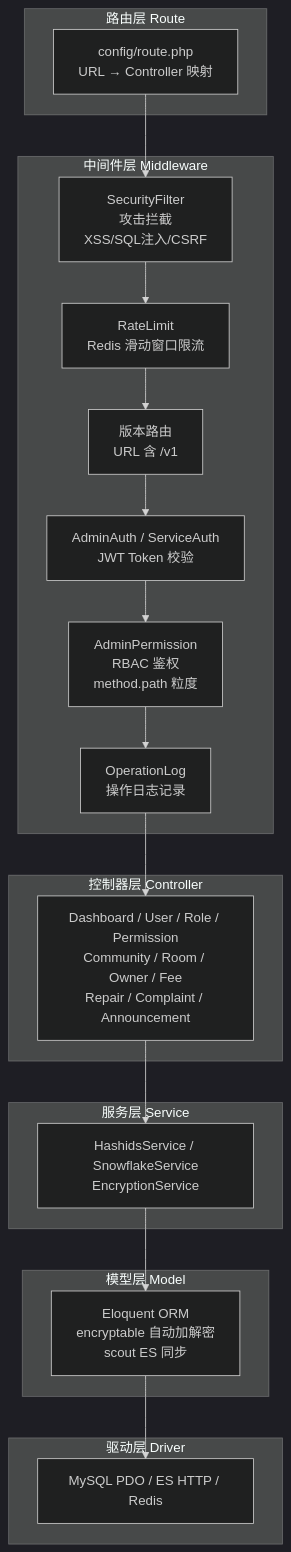
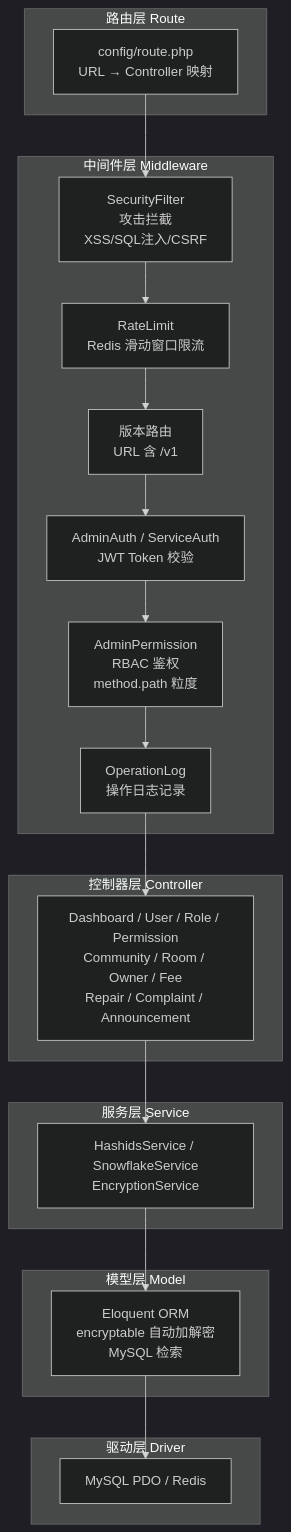
The second of 10 diagrams in docs/i18n/en/docs/ARCHITECTURE.md (erikwang2013/property-management-platform), drawn with Mermaid (dark theme) before and after one commit. The commit also changed other lines of this file and 25 other files, not shown here.

Commit message:
文档：清理英文文档中的已移除功能与过时图示

````diff
--- a/docs/i18n/en/docs/ARCHITECTURE.md
+++ b/docs/i18n/en/docs/ARCHITECTURE.md
@@ -43,34 +41,34 @@
 ```mermaid
 flowchart TD
     subgraph "路由层 Route"
         R1["config/route.php<br/>URL → Controller 映射"]
     end
 
     subgraph "中间件层 Middleware"
         M_SF["SecurityFilter<br/>攻击拦截<br/>XSS/SQL注入/CSRF"]
         M_RL["RateLimit<br/>Redis 滑动窗口限流"]
         M0["版本路由<br/>URL 含 /v1"]
         M1["AdminAuth / ServiceAuth<br/>JWT Token 校验"]
         M2["AdminPermission<br/>RBAC 鉴权<br/>method.path 粒度"]
         M_OP["OperationLog<br/>操作日志记录"]
     end
 
     subgraph "控制器层 Controller"
         CT["Dashboard / User / Role / Permission<br/>Community / Room / Owner / Fee<br/>Repair / Complaint / Announcement"]
     end
 
     subgraph "服务层 Service"
         S["HashidsService / SnowflakeService<br/>EncryptionService"]
     end
 
     subgraph "模型层 Model"
-        MD["Eloquent ORM<br/>encryptable 自动加解密<br/>scout ES 同步"]
+        MD["Eloquent ORM<br/>encryptable 自动加解密<br/>MySQL 检索"]
     end
 
     subgraph "驱动层 Driver"
-        D["MySQL PDO / ES HTTP / Redis"]
+        D["MySQL PDO / Redis"]
     end
 
     R1 --> M_SF --> M_RL --> M0 --> M1 --> M2 --> M_OP --> CT
     CT --> S --> MD --> D
 ```
````
